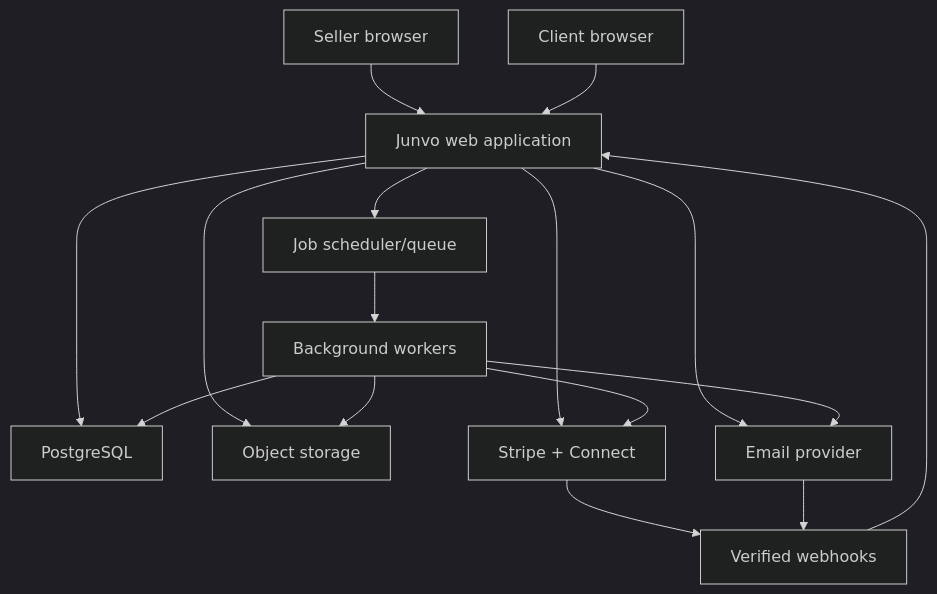
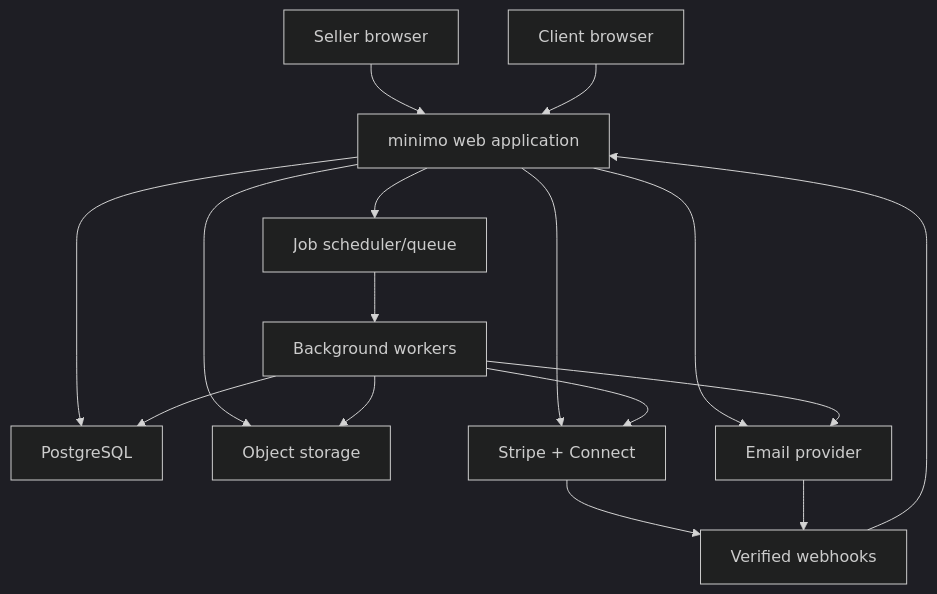
The diagram in docs/ARCHITECTURE.md (desperaux/minimo), drawn with Mermaid (dark theme) before and after one commit. The commit also changed other lines of this file and 39 other files, not shown here.

Commit message:
refactor: rename project from Junvo to minimo across all codebase and documentation files

````diff
--- a/docs/ARCHITECTURE.md
+++ b/docs/ARCHITECTURE.md
@@ -47,18 +47,18 @@
 ```mermaid
 flowchart TD
-    Seller["Seller browser"] --> Web["Junvo web application"]
+    Seller["Seller browser"] --> Web["minimo web application"]
     Client["Client browser"] --> Web
     Web --> DB["PostgreSQL"]
     Web --> Store["Object storage"]
     Web --> Stripe["Stripe + Connect"]
     Web --> Email["Email provider"]
     Web --> Queue["Job scheduler/queue"]
     Queue --> Worker["Background workers"]
     Worker --> DB
     Worker --> Store
     Worker --> Stripe
     Worker --> Email
     Stripe --> Hooks["Verified webhooks"]
     Email --> Hooks
     Hooks --> Web
 ```
````
